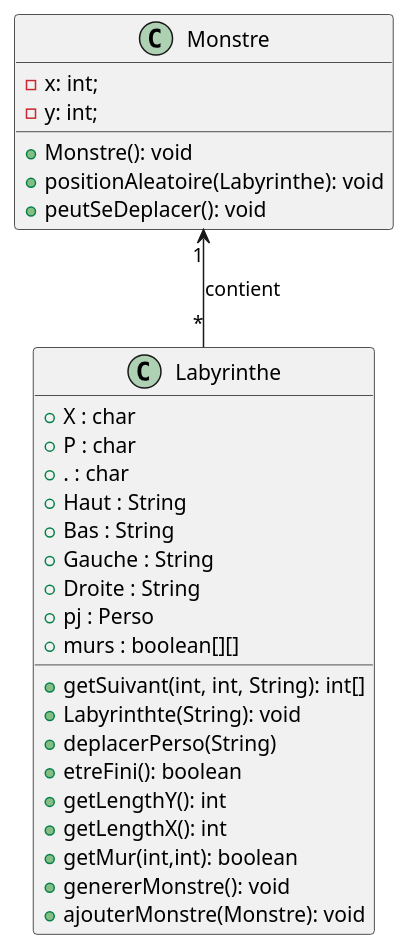
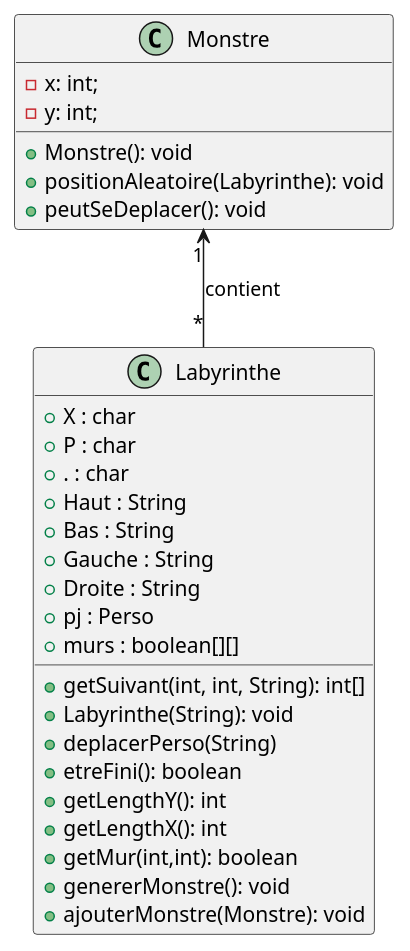
The diagram in documents/diagramme_classe.puml (crochetremi/2025_Zeldiablo_e20157u_e82008u_e89209u_e26078u), drawn with PlantUML before and after one commit.

Commit message:
modif diagramme de classe

```diff
--- a/documents/diagramme_classe.puml
+++ b/documents/diagramme_classe.puml
@@ -1,45 +1,45 @@
 @startuml
 'https://plantuml.com/class-diagram
 
 class Monstre{
 
     - x: int;
     - y: int;
 
     + Monstre(): void
     + positionAleatoire(Labyrinthe): void
     + peutSeDeplacer(): void
 
 }
 
 class Labyrinthe{
 
     + X : char
     + P : char
     + . : char
     + Haut : String
     + Bas : String
     + Gauche : String
     + Droite : String
     + pj : Perso
     + murs : boolean[][]
 
     + getSuivant(int, int, String): int[]
-    + Labyrinthte(String): void
+    + Labyrinthe(String): void
     + deplacerPerso(String)
     + etreFini(): boolean
     + getLengthY(): int
     + getLengthX(): int
     + getMur(int,int): boolean
     + genererMonstre(): void
     + ajouterMonstre(Monstre): void
 
 }
 
 Monstre "1" <-- "*" Labyrinthe : contient
 
 
 
 
 
 @enduml
```
